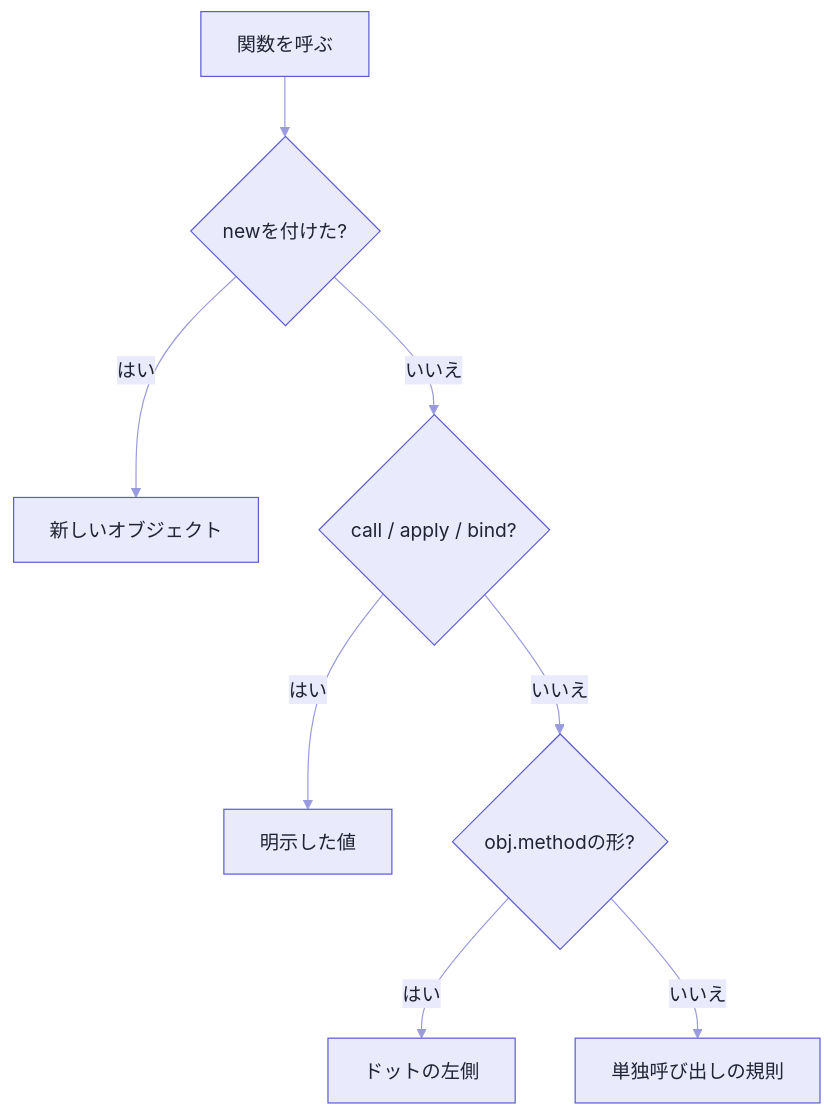
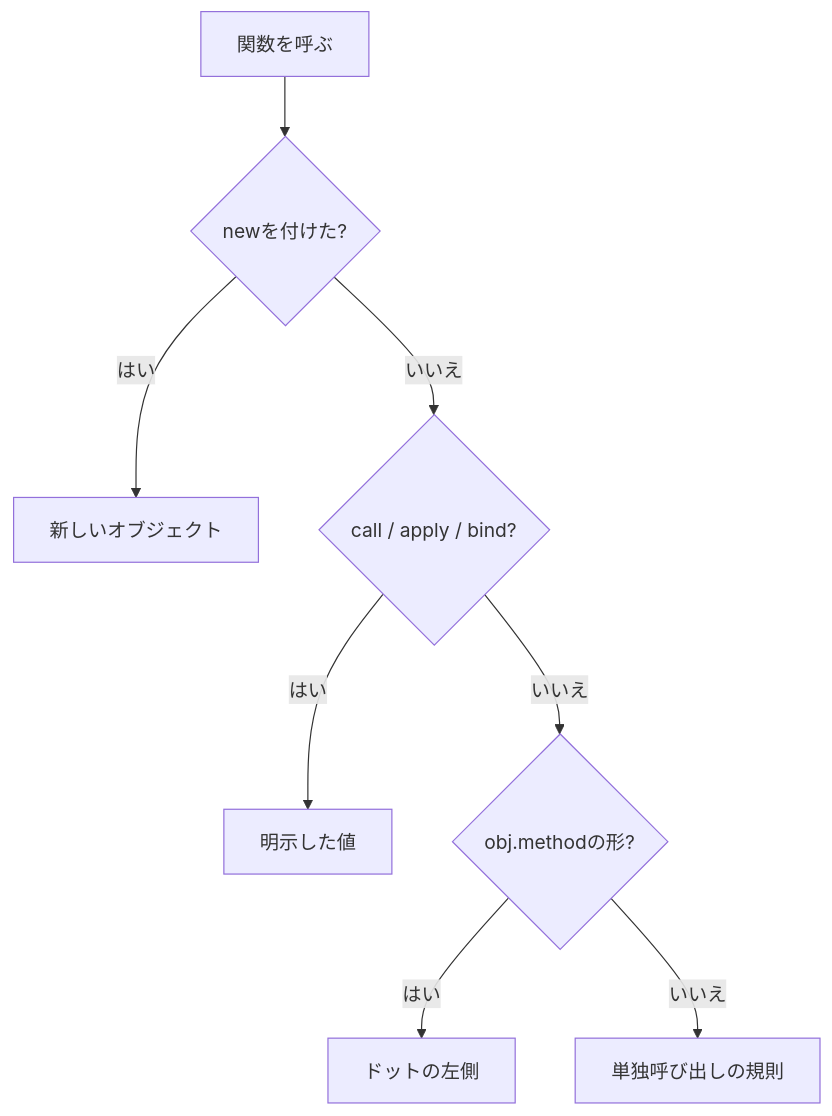
Before and after one commit to nagahara-naoki/zenn: the diagram in articles/efeb9ec659b87d.md, drawn with Mermaid.

Commit message:
JavaScriptのthisを理解する

````diff
--- a/articles/efeb9ec659b87d.md
+++ b/articles/efeb9ec659b87d.md
@@ -33,11 +33,10 @@
 ```mermaid
-%%{init: {'theme': 'base', 'themeVariables': {'primaryColor': '#eaeafd', 'primaryBorderColor': '#5b5bd6', 'primaryTextColor': '#1f2430', 'mainBkg': '#eaeafd', 'nodeBorder': '#5b5bd6', 'nodeTextColor': '#1f2430', 'secondaryColor': '#dcdcfa', 'secondaryBorderColor': '#5b5bd6', 'secondaryTextColor': '#1f2430', 'tertiaryColor': '#f4f4fe', 'tertiaryBorderColor': '#5b5bd6', 'tertiaryTextColor': '#1f2430', 'clusterBkg': '#f4f4fe', 'clusterBorder': '#5b5bd6', 'lineColor': '#9a9ae0', 'textColor': '#1f2430', 'titleColor': '#1f2430', 'edgeLabelBackground': '#eaeafd', 'labelBackground': '#eaeafd', 'labelBoxBkgColor': '#eaeafd', 'labelTextColor': '#1f2430', 'noteBkgColor': '#eaeafd', 'noteTextColor': '#1f2430', 'noteBorderColor': '#5b5bd6'}}}%%
 flowchart TD
     A[関数を呼ぶ] --> B{newを付けた?}
     B -- はい --> C[新しいオブジェクト]
     B -- いいえ --> D{call / apply / bind?}
     D -- はい --> E[明示した値]
     D -- いいえ --> F{obj.methodの形?}
     F -- はい --> G[ドットの左側]
     F -- いいえ --> H[単独呼び出しの規則]
 ```
````
